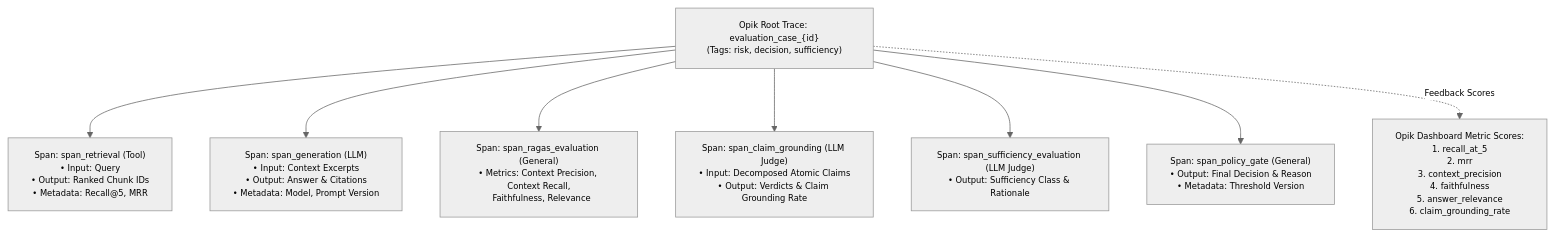
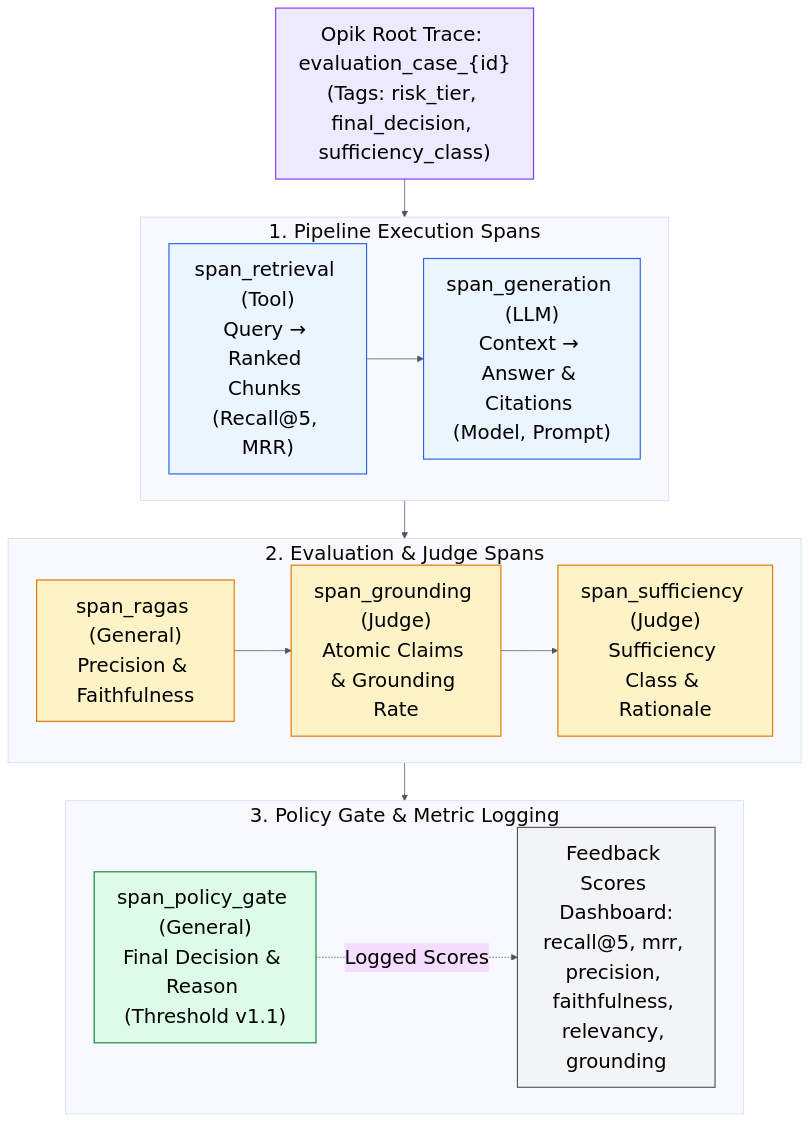
The diagram in workflow/02_opik_trace_and_score_flow.mmd (the-write-path-code/ch04-debugging-hallucinations-math), drawn with Mermaid before and after one commit. The commit also changed 4 other files, not shown here.

Commit message:
docs(workflow): optimize Chapter 4 diagrams for Wiley-IEEE typography & column geometry

```diff
--- a/workflow/02_opik_trace_and_score_flow.mmd
+++ b/workflow/02_opik_trace_and_score_flow.mmd
@@ -1,13 +1,34 @@
-%%{init: {"theme": "neutral", "themeVariables": {"fontFamily": "Arial, Helvetica, sans-serif", "fontSize": "11px", "actorFontSize": "11px", "noteFontSize": "10px", "messageFontSize": "10px"}}}%%
+%%{init: {"theme": "base", "themeVariables": {"fontFamily": "Arial, Helvetica, sans-serif", "fontSize": "26px", "primaryTextColor": "#000000", "lineColor": "#4B5563"}}}%%
+flowchart TD
+    T["Opik Root Trace: evaluation_case_{id}<br/>(Tags: risk_tier, final_decision, sufficiency_class)"]
 
-flowchart TD
-    T["Opik Root Trace: evaluation_case_{id}\n(Tags: risk, decision, sufficiency)"]
-    
-    T --> S1["Span: span_retrieval (Tool)\n• Input: Query\n• Output: Ranked Chunk IDs\n• Metadata: Recall@5, MRR"]
-    T --> S2["Span: span_generation (LLM)\n• Input: Context Excerpts\n• Output: Answer & Citations\n• Metadata: Model, Prompt Version"]
-    T --> S3["Span: span_ragas_evaluation (General)\n• Metrics: Context Precision, Context Recall,\n  Faithfulness, Relevance"]
-    T --> S4["Span: span_claim_grounding (LLM Judge)\n• Input: Decomposed Atomic Claims\n• Output: Verdicts & Claim Grounding Rate"]
-    T --> S5["Span: span_sufficiency_evaluation (LLM Judge)\n• Output: Sufficiency Class & Rationale"]
-    T --> S6["Span: span_policy_gate (General)\n• Output: Final Decision & Reason\n• Metadata: Threshold Version"]
-    
-    T -. Feedback Scores .-> FS["Opik Dashboard Metric Scores:\n1. recall_at_5\n2. mrr\n3. context_precision\n4. faithfulness\n5. answer_relevance\n6. claim_grounding_rate"]
+    subgraph Exec ["1. Pipeline Execution Spans"]
+        direction LR
+        S1["span_retrieval (Tool)<br/>Query → Ranked Chunks (Recall@5, MRR)"] --> S2["span_generation (LLM)<br/>Context → Answer & Citations (Model, Prompt)"]
+    end
+
+    subgraph Judges ["2. Evaluation & Judge Spans"]
+        direction LR
+        S3["span_ragas (General)<br/>Precision & Faithfulness"] --> S4["span_grounding (Judge)<br/>Atomic Claims & Grounding Rate"] --> S5["span_sufficiency (Judge)<br/>Sufficiency Class & Rationale"]
+    end
+
+    subgraph Gate ["3. Policy Gate & Metric Logging"]
+        direction LR
+        S6["span_policy_gate (General)<br/>Final Decision & Reason (Threshold v1.1)"] -. Logged Scores .-> FS["Feedback Scores Dashboard:<br/>recall@5, mrr, precision, faithfulness, relevancy, grounding"]
+    end
+
+    T --> Exec
+    Exec --> Judges
+    Judges --> Gate
+
+    classDef trace fill:#EDE9FE,stroke:#7C3AED,color:#000000,stroke-width:1.5px
+    classDef pipe fill:#EBF5FF,stroke:#2563EB,color:#000000,stroke-width:1.5px
+    classDef judge fill:#FEF3C7,stroke:#D97706,color:#000000,stroke-width:1.5px
+    classDef gate fill:#DCFCE7,stroke:#15803D,color:#000000,stroke-width:1.5px
+    classDef score fill:#F3F4F6,stroke:#4B5563,color:#000000,stroke-width:1.5px
+
+    class T trace
+    class S1,S2 pipe
+    class S3,S4,S5 judge
+    class S6 gate
+    class FS score
```
